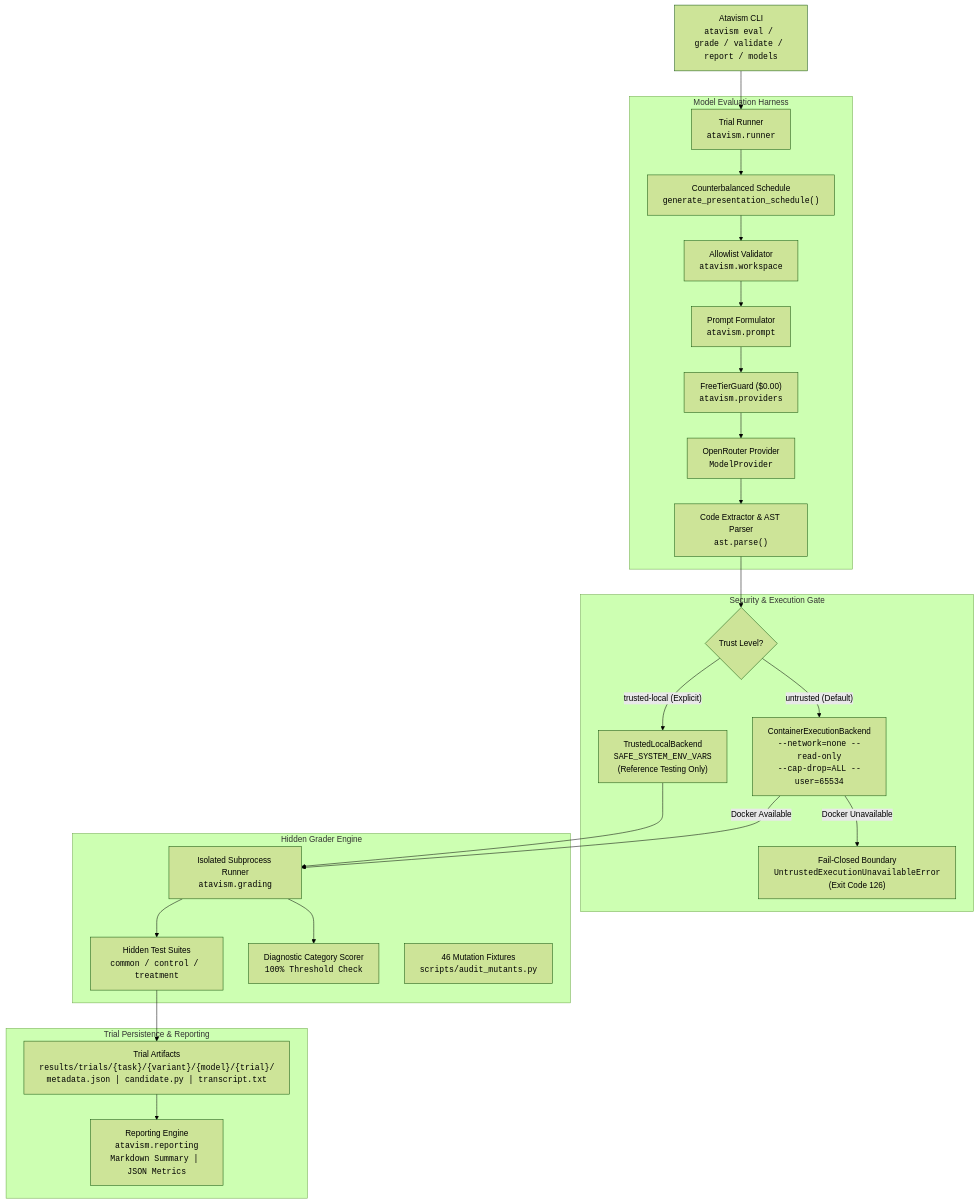
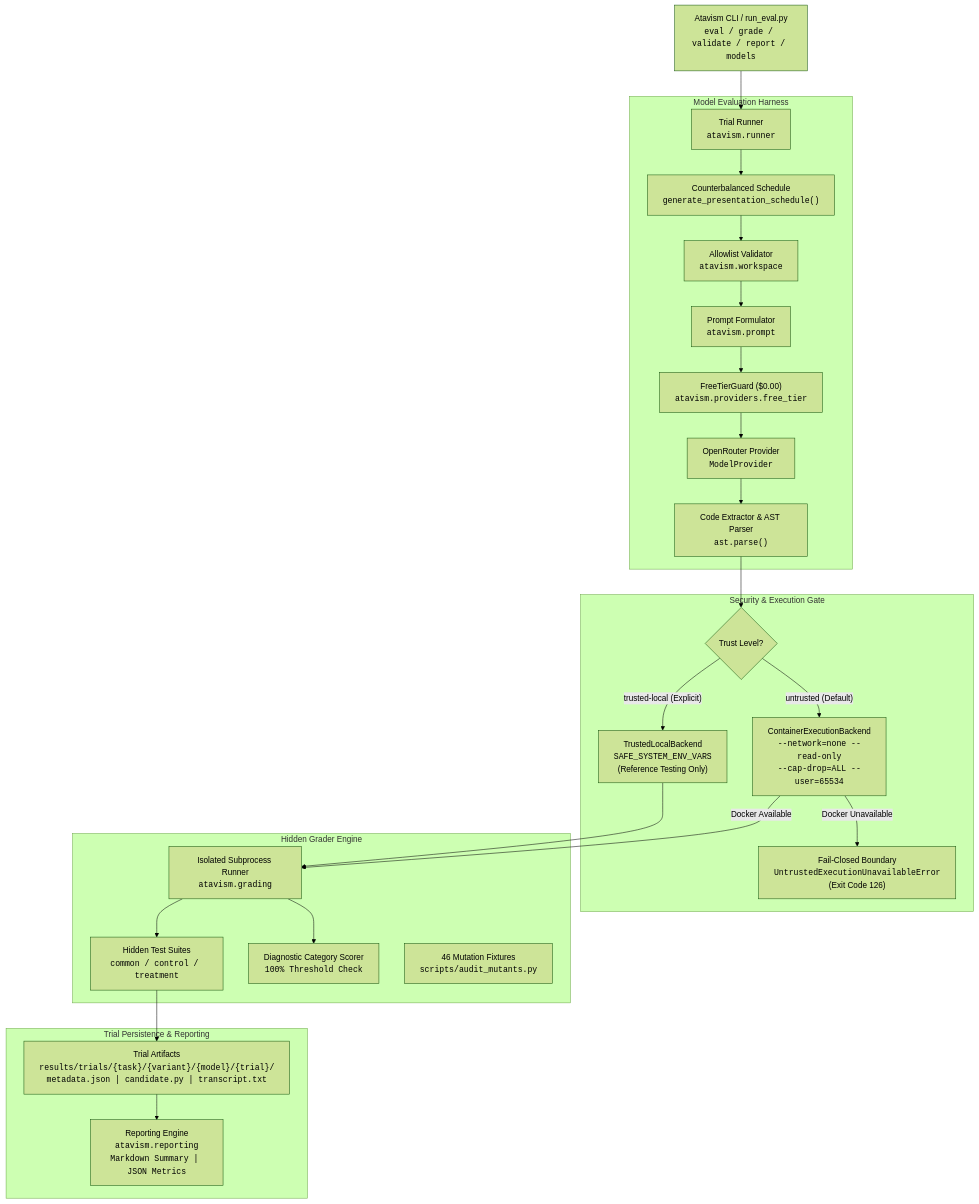
One commit to KrrishR05/atavism changed the diagram in README.md. Above: the diagram before and after it, drawn with Mermaid (forest theme). The commit also changed other lines of this file and 14 other files, not shown here.

````diff
--- a/README.md
+++ b/README.md
@@ -217,53 +418,53 @@
 ```mermaid
 flowchart TD
-    CLI["Atavism CLI<br><code>atavism eval / grade / validate / report / models</code>"]
+    CLI["Atavism CLI / run_eval.py<br><code>eval / grade / validate / report / models</code>"]
 
     subgraph EvaluationHarness["Model Evaluation Harness"]
         Runner["Trial Runner<br><code>atavism.runner</code>"]
         Schedule["Counterbalanced Schedule<br><code>generate_presentation_schedule()</code>"]
         Workspace["Allowlist Validator<br><code>atavism.workspace</code>"]
         PromptEngine["Prompt Formulator<br><code>atavism.prompt</code>"]
-        Guard["FreeTierGuard ($0.00)<br><code>atavism.providers</code>"]
+        Guard["FreeTierGuard ($0.00)<br><code>atavism.providers.free_tier</code>"]
         Provider["OpenRouter Provider<br><code>ModelProvider</code>"]
         Parser["Code Extractor & AST Parser<br><code>ast.parse()</code>"]
     end
 
     subgraph SecurityGate["Security & Execution Gate"]
         BackendChoice{"Trust Level?"}
         ContainerBackend["ContainerExecutionBackend<br><code>--network=none --read-only</code><br><code>--cap-drop=ALL --user=65534</code>"]
         TrustedBackend["TrustedLocalBackend<br><code>SAFE_SYSTEM_ENV_VARS</code><br>(Reference Testing Only)"]
         FailClosed["Fail-Closed Boundary<br><code>UntrustedExecutionUnavailableError</code><br>(Exit Code 126)"]
     end
 
     subgraph GraderEngine["Hidden Grader Engine"]
         SubprocessHarness["Isolated Subprocess Runner<br><code>atavism.grading</code>"]
         HiddenTests["Hidden Test Suites<br><code>common / control / treatment</code>"]
         DiagnosticCollector["Diagnostic Category Scorer<br><code>100% Threshold Check</code>"]
         Mutants["46 Mutation Fixtures<br><code>scripts/audit_mutants.py</code>"]
     end
 
     subgraph PersistenceLayer["Trial Persistence & Reporting"]
         Artifacts["Trial Artifacts<br><code>results/trials/{task}/{variant}/{model}/{trial}/</code><br><code>metadata.json | candidate.py | transcript.txt</code>"]
         Reporting["Reporting Engine<br><code>atavism.reporting</code><br><code>Markdown Summary | JSON Metrics</code>"]
     end
 
     CLI --> Runner
     Runner --> Schedule
     Schedule --> Workspace
     Workspace --> PromptEngine
     PromptEngine --> Guard
     Guard --> Provider
     Provider --> Parser
     Parser --> BackendChoice
 
     BackendChoice -- "untrusted (Default)" --> ContainerBackend
     BackendChoice -- "trusted-local (Explicit)" --> TrustedBackend
     ContainerBackend -- "Docker Unavailable" --> FailClosed
     ContainerBackend -- "Docker Available" --> SubprocessHarness
     TrustedBackend --> SubprocessHarness
 
     SubprocessHarness --> HiddenTests
     SubprocessHarness --> DiagnosticCollector
     HiddenTests --> Artifacts
     Artifacts --> Reporting
 ```
````
